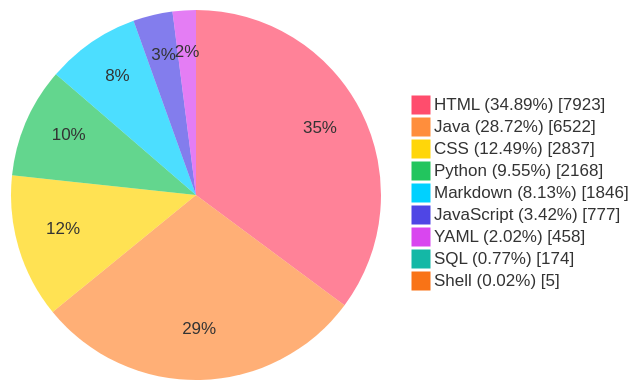
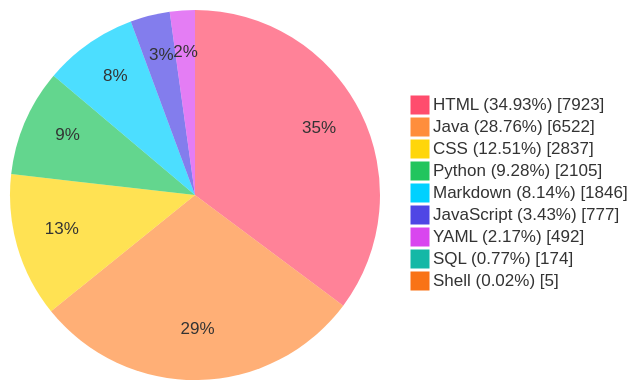
Before and after one commit to TheBadRoger/BUCT-Teaching-Aids: the diagram in README.md, drawn with Mermaid. The commit also changed other lines of this file and 10 other files, not shown here.

````diff
--- a/README.md
+++ b/README.md
@@ -41,28 +41,28 @@
 ```mermaid
 %%{init: {'theme':'base','themeVariables': {
   'fontFamily': 'Fira Code, JetBrains Mono, Source Code Pro, Cascadia Code, Menlo, Consolas, monospace',
   'pieStrokeColor': 'transparent',
   'pieStrokeWidth': '0px',
   'pieOuterStrokeWidth': '0px',
   'pie1': '#FF4D6D',
   'pie2': '#FF8E3C',
   'pie3': '#FFD60A',
   'pie4': '#22C55E',
   'pie5': '#00D1FF',
   'pie6': '#4F46E5',
   'pie7': '#D946EF',
   'pie8': '#14B8A6',
   'pie9': '#F97316',
   'pie10': '#A855F7'
 }}}%%
 pie showData
-    "HTML (34.89%)" : 7923
-    "Java (28.72%)" : 6522
-    "CSS (12.49%)" : 2837
-    "Python (9.55%)" : 2168
-    "Markdown (8.13%)" : 1846
-    "JavaScript (3.42%)" : 777
-    "YAML (2.02%)" : 458
+    "HTML (34.93%)" : 7923
+    "Java (28.76%)" : 6522
+    "CSS (12.51%)" : 2837
+    "Python (9.28%)" : 2105
+    "Markdown (8.14%)" : 1846
+    "JavaScript (3.43%)" : 777
+    "YAML (2.17%)" : 492
     "SQL (0.77%)" : 174
     "Shell (0.02%)" : 5
 ```
````
